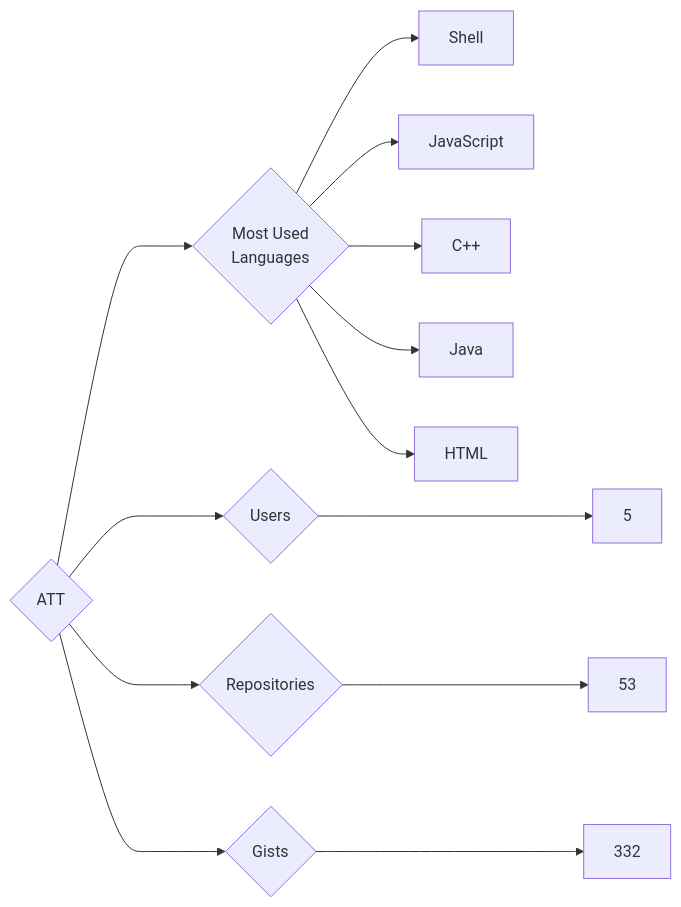
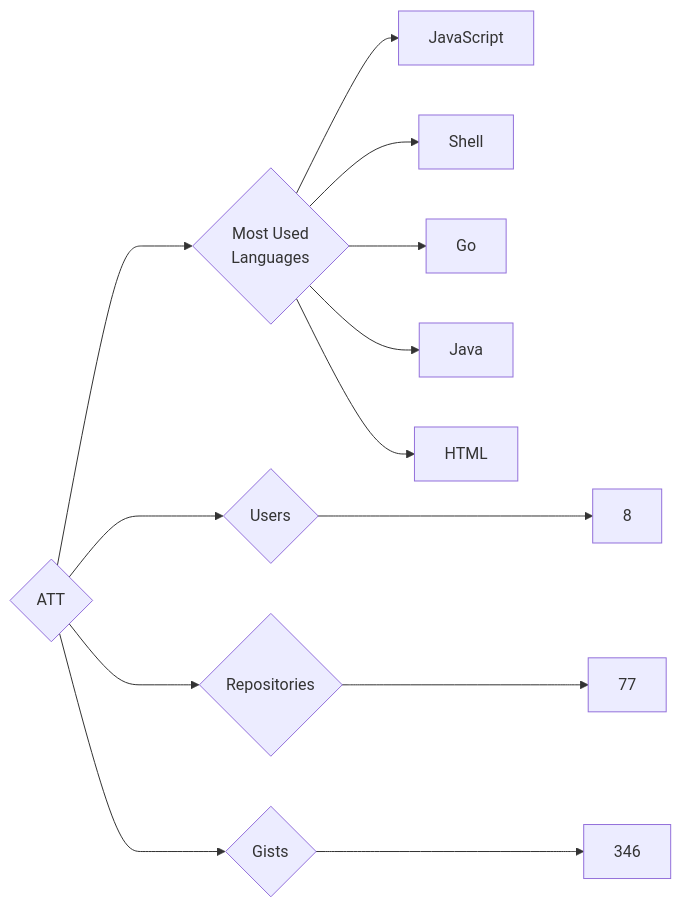
One commit to trickest/insiders changed the diagram in targets/ATT/README.md. Above: the diagram before and after it, drawn with Mermaid. The commit also changed 984 other files, not shown here.

````diff
--- a/targets/ATT/README.md
+++ b/targets/ATT/README.md
@@ -3,13 +3,13 @@
 ```mermaid
 graph LR
 COMPANY_NAME{ATT}
-COMPANY_NAME ---> U{Users} ---> UN[5]
-COMPANY_NAME ---> R{Repositories} ---> RN[53]
-COMPANY_NAME ---> G{Gists} ---> GN[332]
+COMPANY_NAME ---> U{Users} ---> UN[8]
+COMPANY_NAME ---> R{Repositories} ---> RN[77]
+COMPANY_NAME ---> G{Gists} ---> GN[346]
 COMPANY_NAME ---> ML{Most Used<br>Languages}
+ML --> JavaScript[JavaScript]
 ML --> Shell[Shell]
-ML --> JavaScript[JavaScript]
-ML --> C++[C++]
+ML --> Go[Go]
 ML --> Java[Java]
 ML --> HTML[HTML]
 ```
````
